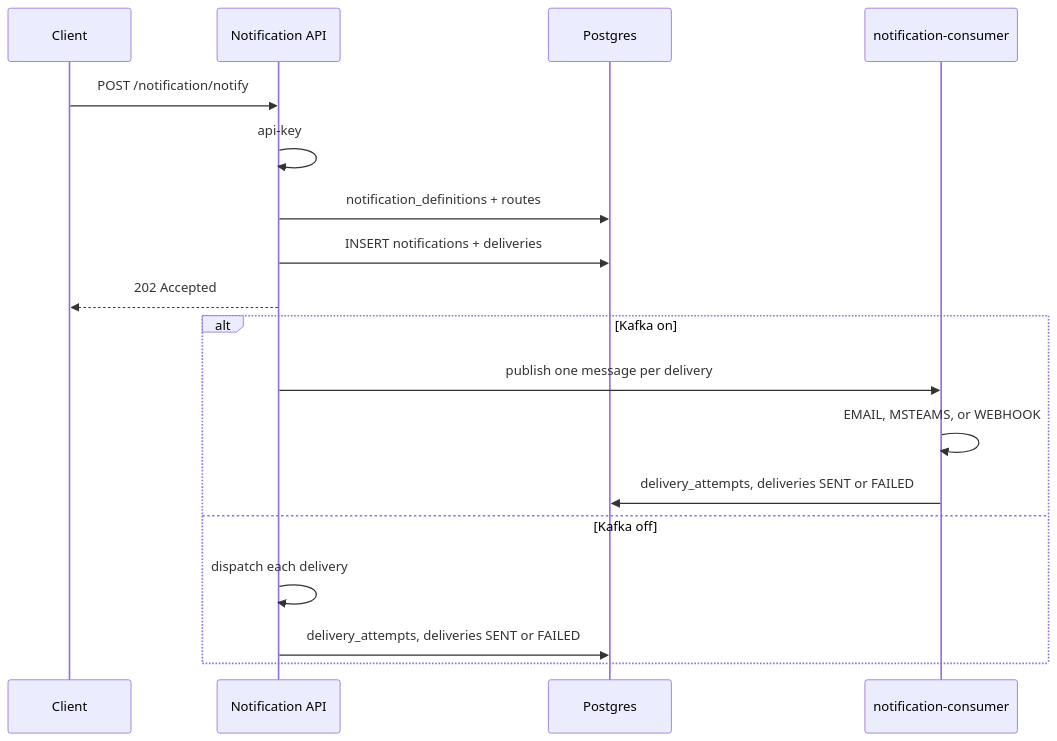
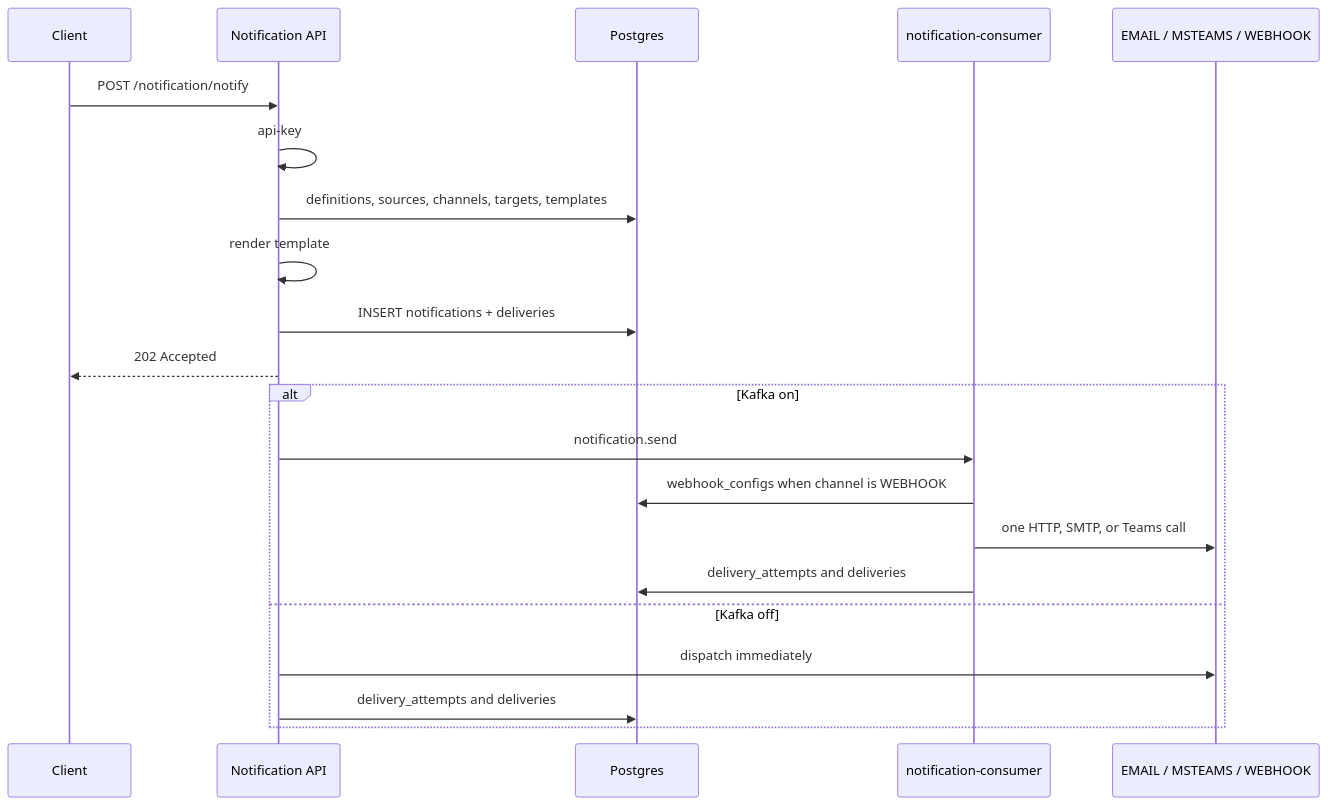
One commit to AtlasBevis/notification-service changed the diagram in docs/api_flow.md. Above: the diagram before and after it, drawn with Mermaid. The commit also changed other lines of this file and 52 other files, not shown here.

````diff
--- a/docs/api_flow.md
+++ b/docs/api_flow.md
@@ -13,21 +17,24 @@
 ```mermaid
 sequenceDiagram
     participant Client
     participant API as Notification API
     participant DB as Postgres
     participant Worker as notification-consumer
+    participant Channel as EMAIL / MSTEAMS / WEBHOOK
 
     Client->>API: POST /notification/notify
     API->>API: api-key
-    API->>DB: notification_definitions + routes
+    API->>DB: definitions, sources, channels, targets, templates
+    API->>API: render template
     API->>DB: INSERT notifications + deliveries
     API-->>Client: 202 Accepted
     alt Kafka on
-        API->>Worker: publish one message per delivery
-        Worker->>Worker: EMAIL, MSTEAMS, or WEBHOOK
-        Worker->>DB: delivery_attempts, deliveries SENT or FAILED
+        API->>Worker: notification.send
+        Worker->>DB: webhook_configs when channel is WEBHOOK
+        Worker->>Channel: one HTTP, SMTP, or Teams call
+        Worker->>DB: delivery_attempts and deliveries
     else Kafka off
-        API->>API: dispatch each delivery
-        API->>DB: delivery_attempts, deliveries SENT or FAILED
+        API->>Channel: dispatch immediately
+        API->>DB: delivery_attempts and deliveries
     end
 ```
````
